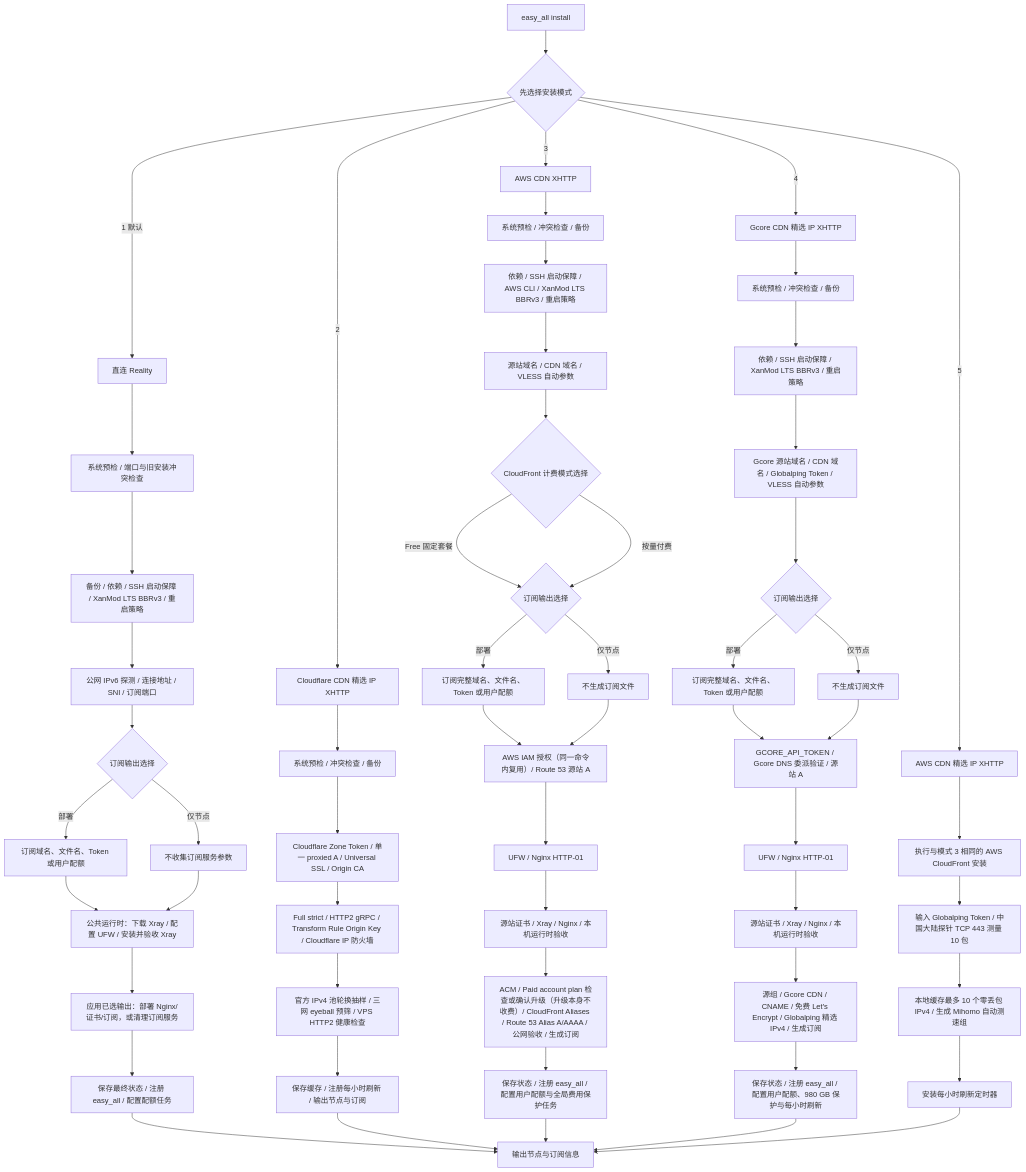
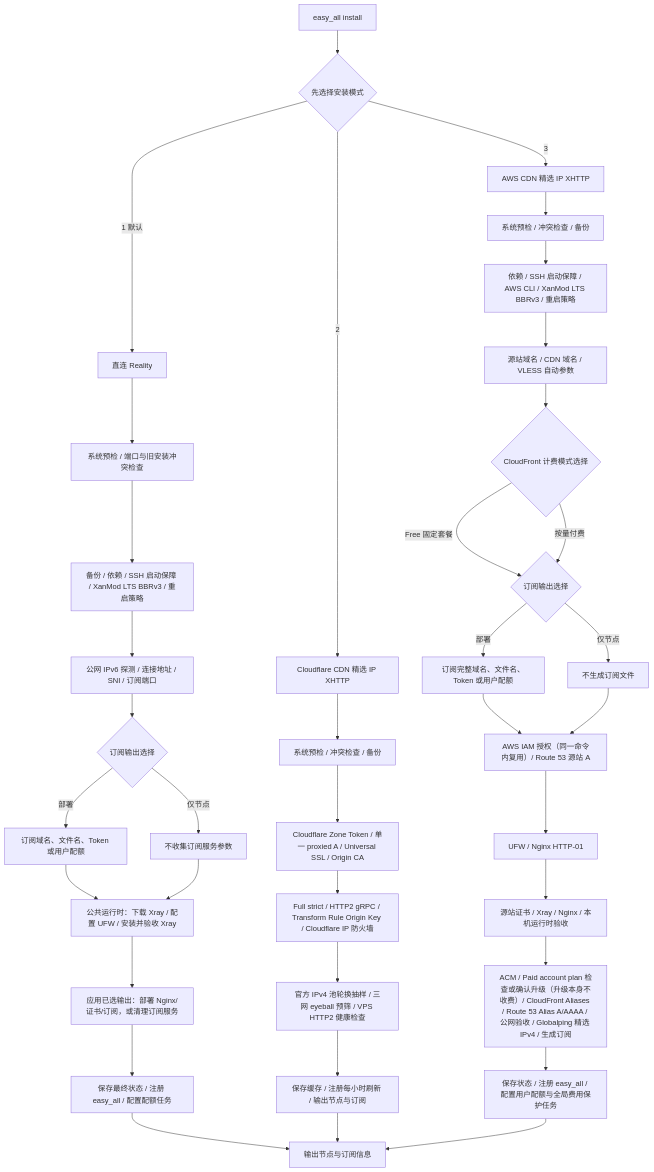
One commit to v2yiz/easy_all changed the diagram in README.md. Above: the diagram before and after it, drawn with Mermaid. The commit also changed other lines of this file and 23 other files, not shown here.

````diff
--- a/README.md
+++ b/README.md
@@ -83,64 +82,42 @@
 ```mermaid
 flowchart TD
     A[easy_all install] --> B{先选择安装模式}
 
     B -->|1 默认| R0[直连 Reality]
     R0 --> R1[系统预检 / 端口与旧安装冲突检查]
     R1 --> R2[备份 / 依赖 / SSH 启动保障 / XanMod LTS BBRv3 / 重启策略]
     R2 --> R3[公网 IPv6 探测 / 连接地址 / SNI / 订阅端口]
     R3 --> R4{订阅输出选择}
     R4 -->|部署| R5[订阅域名、文件名、Token 或用户配额]
     R4 -->|仅节点| R6[不收集订阅服务参数]
     R5 --> R7[公共运行时：下载 Xray / 配置 UFW / 安装并验收 Xray]
     R6 --> R7
     R7 --> R8[应用已选输出：部署 Nginx/证书/订阅，或清理订阅服务]
     R8 --> R9[保存最终状态 / 注册 easy_all / 配置配额任务]
     R9 --> Z[输出节点与订阅信息]
 
     B -->|2| C0[Cloudflare CDN 精选 IP XHTTP]
     C0 --> C1[系统预检 / 冲突检查 / 备份]
     C1 --> C2[Cloudflare Zone Token / 单一 proxied A / Universal SSL / Origin CA]
     C2 --> C3[Full strict / HTTP2 gRPC / Transform Rule Origin Key / Cloudflare IP 防火墙]
     C3 --> C4[官方 IPv4 池轮换抽样 / 三网 eyeball 预筛 / VPS HTTP2 健康检查]
     C4 --> C5[保存缓存 / 注册每小时刷新 / 输出节点与订阅]
     C5 --> Z
 
-    B -->|3| X0[AWS CDN XHTTP]
+    B -->|3| X0[AWS CDN 精选 IP XHTTP]
     X0 --> X1[系统预检 / 冲突检查 / 备份]
     X1 --> X2[依赖 / SSH 启动保障 / AWS CLI / XanMod LTS BBRv3 / 重启策略]
     X2 --> X3[源站域名 / CDN 域名 / VLESS 自动参数]
     X3 --> X3A{CloudFront 计费模式选择}
     X3A -->|Free 固定套餐| X4{订阅输出选择}
     X3A -->|按量付费| X4
     X4 -->|部署| X5[订阅完整域名、文件名、Token 或用户配额]
     X4 -->|仅节点| X6[不生成订阅文件]
     X5 --> X7[AWS IAM 授权（同一命令内复用）/ Route 53 源站 A]
     X6 --> X7
     X7 --> X8[UFW / Nginx HTTP-01]
     X8 --> X9[源站证书 / Xray / Nginx / 本机运行时验收]
-    X9 --> X10[ACM / Paid account plan 检查或确认升级（升级本身不收费）/ CloudFront Aliases / Route 53 Alias A/AAAA / 公网验收 / 生成订阅]
+    X9 --> X10[ACM / Paid account plan 检查或确认升级（升级本身不收费）/ CloudFront Aliases / Route 53 Alias A/AAAA / 公网验收 / Globalping 精选 IPv4 / 生成订阅]
     X10 --> X11[保存状态 / 注册 easy_all / 配置用户配额与全局费用保护任务]
     X11 --> Z
-
-    B -->|4| G0[Gcore CDN 精选 IP XHTTP]
-    G0 --> G1[系统预检 / 冲突检查 / 备份]
-    G1 --> G2[依赖 / SSH 启动保障 / XanMod LTS BBRv3 / 重启策略]
-    G2 --> G3[Gcore 源站域名 / CDN 域名 / Globalping Token / VLESS 自动参数]
-    G3 --> G4{订阅输出选择}
-    G4 -->|部署| G5[订阅完整域名、文件名、Token 或用户配额]
-    G4 -->|仅节点| G6[不生成订阅文件]
-    G5 --> G7[GCORE_API_TOKEN / Gcore DNS 委派验证 / 源站 A]
-    G6 --> G7
-    G7 --> G8[UFW / Nginx HTTP-01]
-    G8 --> G9[源站证书 / Xray / Nginx / 本机运行时验收]
-    G9 --> G10[源组 / Gcore CDN / CNAME / 免费 Let's Encrypt / Globalping 精选 IPv4 / 生成订阅]
-    G10 --> G11[保存状态 / 注册 easy_all / 配置用户配额、980 GB 保护与每小时刷新]
-    G11 --> Z
-
-    B -->|5| O0[AWS CDN 精选 IP XHTTP]
-    O0 --> O1[执行与模式 3 相同的 AWS CloudFront 安装]
-    O1 --> O2[输入 Globalping Token / 中国大陆探针 TCP 443 测量 10 包]
-    O2 --> O3[本地缓存最多 10 个零丢包 IPv4 / 生成 Mihomo 自动测速组]
-    O3 --> O4[安装每小时刷新定时器]
-    O4 --> Z
 ```
````
